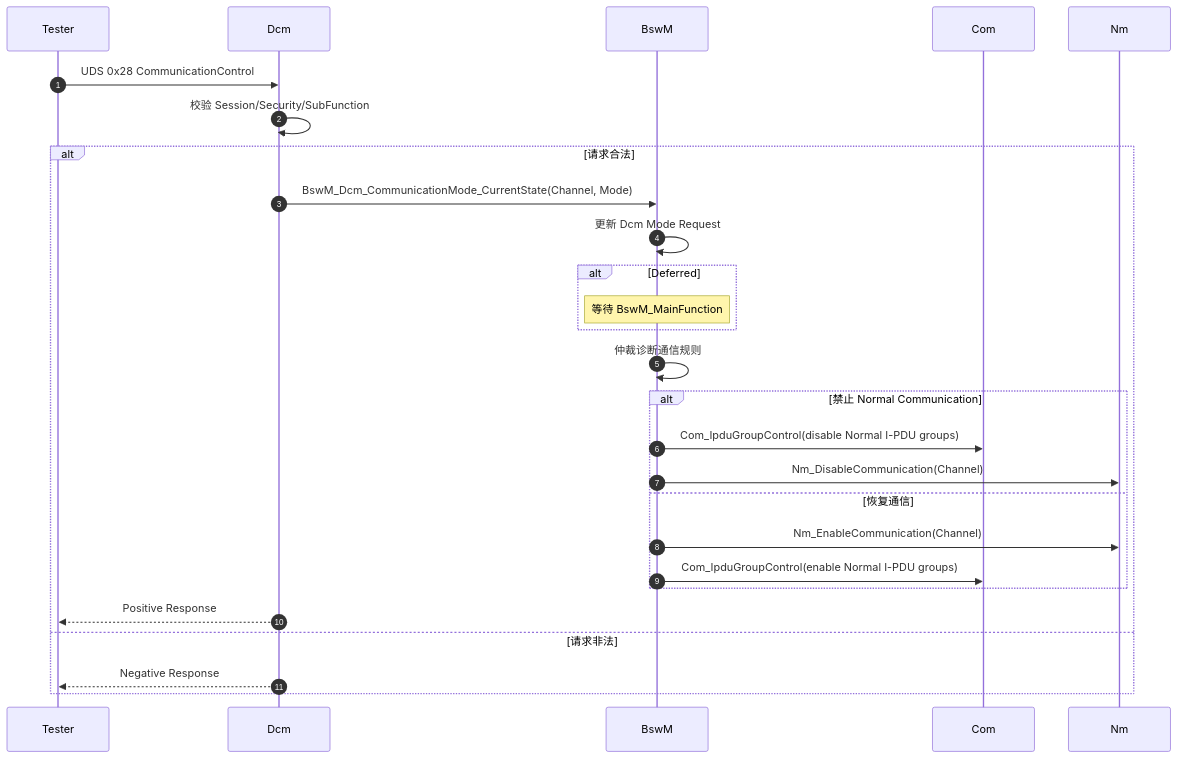
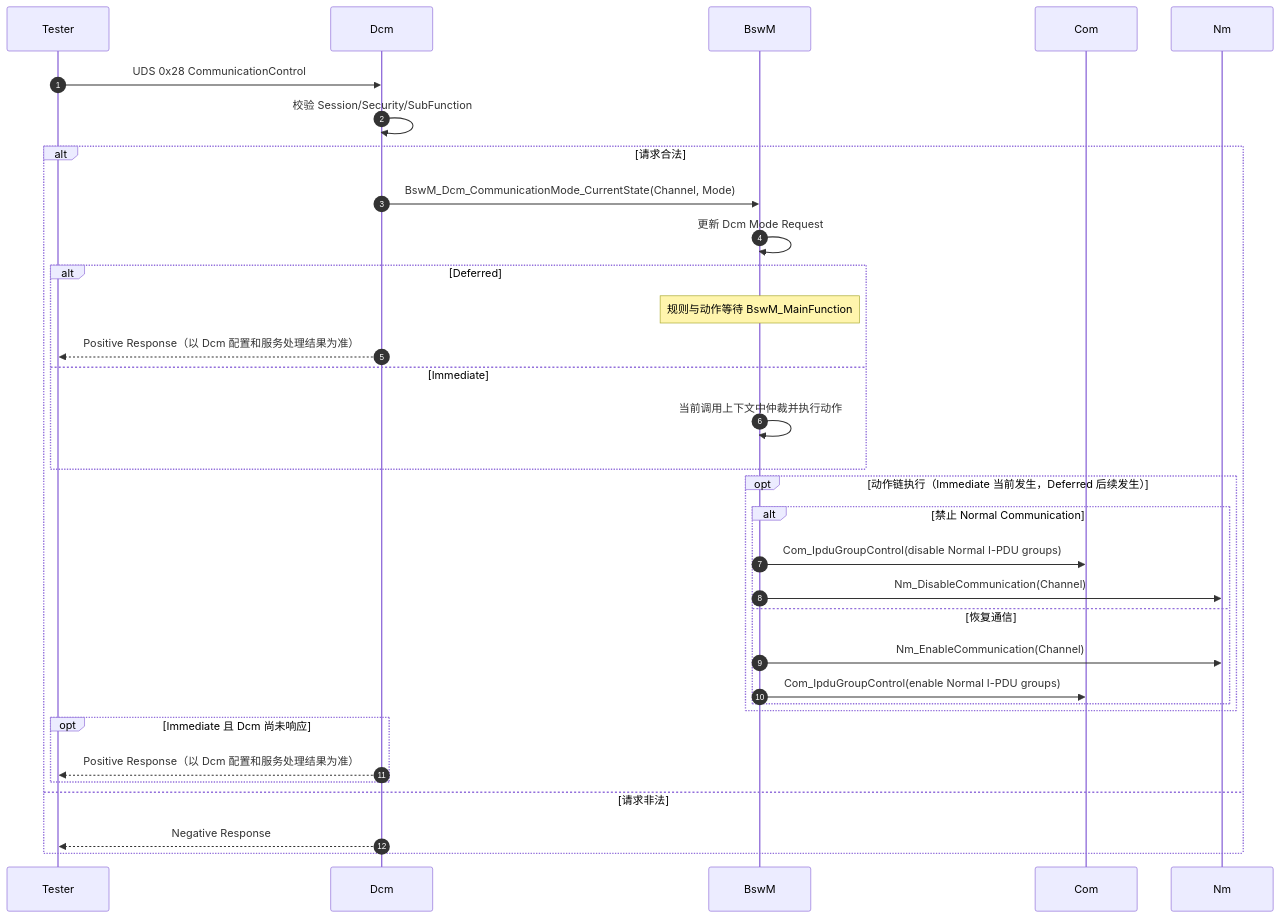
Before and after one commit to leehyon/garden: the fifth of 6 diagrams in content/autosar/classic/BswM.md, drawn with Mermaid. The commit also changed other lines of this file and 6 other files, not shown here.

````diff
--- a/content/autosar/classic/BswM.md
+++ b/content/autosar/classic/BswM.md
@@ -175,35 +248,40 @@
 ```mermaid
 sequenceDiagram
     autonumber
     participant Tester
     participant Dcm
     participant BswM
     participant Com
     participant Nm
 
     Tester->>Dcm: UDS 0x28 CommunicationControl
     Dcm->>Dcm: 校验 Session/Security/SubFunction
 
     alt 请求合法
         Dcm->>BswM: BswM_Dcm_CommunicationMode_CurrentState(Channel, Mode)
         BswM->>BswM: 更新 Dcm Mode Request
 
         alt Deferred
-            Note over BswM: 等待 BswM_MainFunction
+            Note over BswM: 规则与动作等待 BswM_MainFunction
+            Dcm-->>Tester: Positive Response（以 Dcm 配置和服务处理结果为准）
+        else Immediate
+            BswM->>BswM: 当前调用上下文中仲裁并执行动作
         end
 
-        BswM->>BswM: 仲裁诊断通信规则
-
-        alt 禁止 Normal Communication
-            BswM->>Com: Com_IpduGroupControl(disable Normal I-PDU groups)
-            BswM->>Nm: Nm_DisableCommunication(Channel)
-        else 恢复通信
-            BswM->>Nm: Nm_EnableCommunication(Channel)
-            BswM->>Com: Com_IpduGroupControl(enable Normal I-PDU groups)
+        opt 动作链执行（Immediate 当前发生，Deferred 后续发生）
+            alt 禁止 Normal Communication
+                BswM->>Com: Com_IpduGroupControl(disable Normal I-PDU groups)
+                BswM->>Nm: Nm_DisableCommunication(Channel)
+            else 恢复通信
+                BswM->>Nm: Nm_EnableCommunication(Channel)
+                BswM->>Com: Com_IpduGroupControl(enable Normal I-PDU groups)
+            end
         end
 
-        Dcm-->>Tester: Positive Response
+        opt Immediate 且 Dcm 尚未响应
+            Dcm-->>Tester: Positive Response（以 Dcm 配置和服务处理结果为准）
+        end
     else 请求非法
         Dcm-->>Tester: Negative Response
     end
 ```
````
